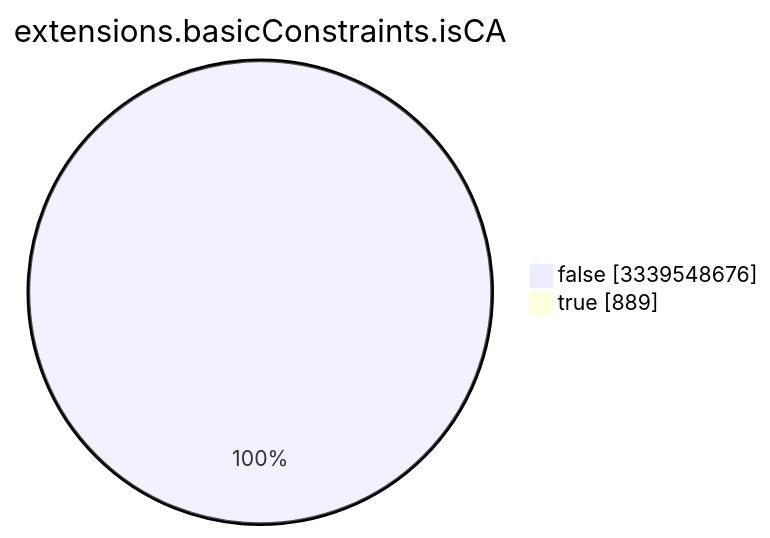
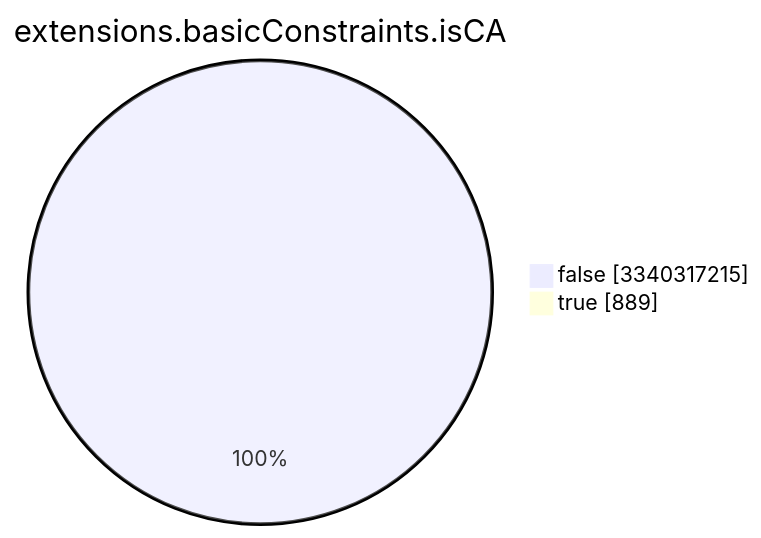
Before and after one commit to christiankrug/ctmonitor_visualization: the seventh of 15 diagrams in TOTAL/README.md, drawn with Mermaid. The commit also changed other lines of this file, not shown here.

````diff
--- a/TOTAL/README.md
+++ b/TOTAL/README.md
@@ -3089,6 +3089,6 @@
 ```mermaid
 pie showData
 title extensions.basicConstraints.isCA
-"false" :3339548676
+"false" :3340317215
 "true" :889
 ```
````
